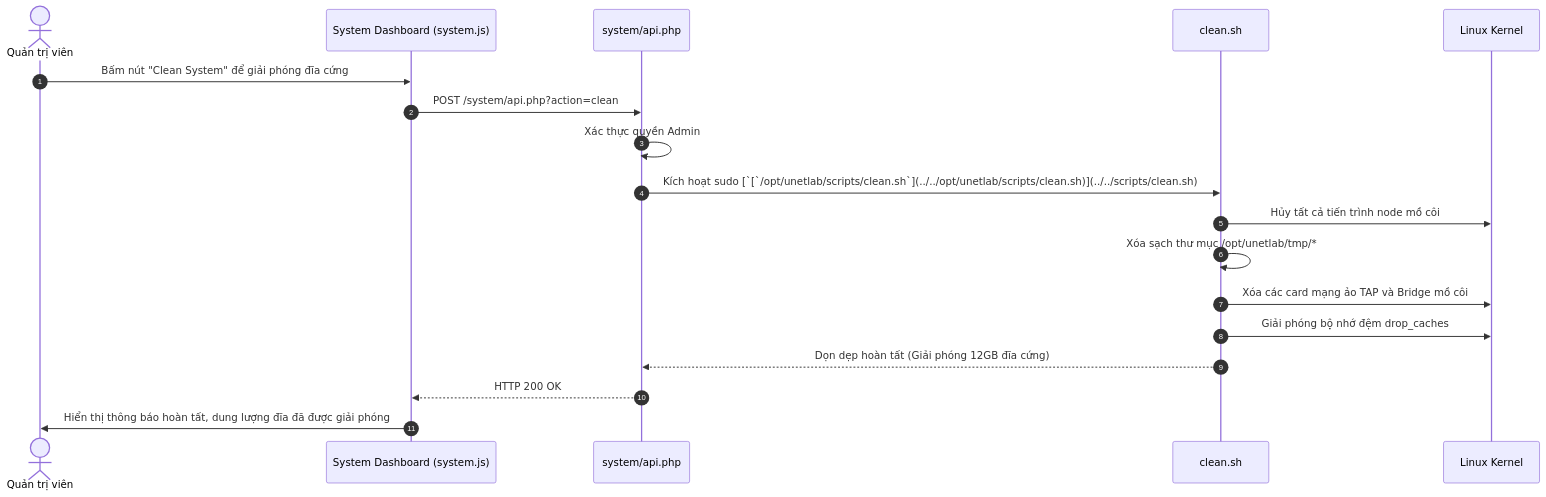
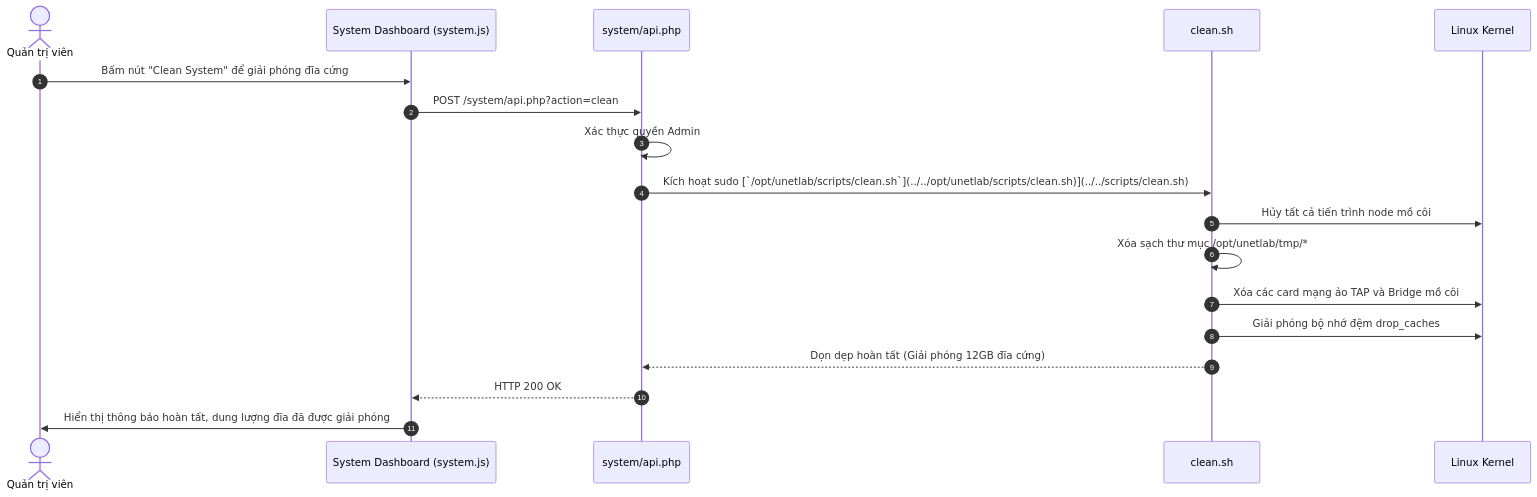
One commit to Luuxinhxinh/pnet-v8 changed the diagram in docs/03-diagrams/f65-system-power-maintenance-sequence.md. Above: the diagram before and after it, drawn with Mermaid. The commit also changed 88 other files, not shown here.

````diff
--- a/docs/03-diagrams/f65-system-power-maintenance-sequence.md
+++ b/docs/03-diagrams/f65-system-power-maintenance-sequence.md
@@ -9,21 +9,21 @@
 ```mermaid
 sequenceDiagram
     autonumber
     actor Admin as Quản trị viên
     participant UI as System Dashboard (system.js)
     participant API as system/api.php
     participant Script as clean.sh
     participant Kernel as Linux Kernel
 
     Admin->>UI: Bấm nút "Clean System" để giải phóng đĩa cứng
     UI->>API: POST /system/api.php?action=clean
     API->>API: Xác thực quyền Admin
-    API->>Script: Kích hoạt sudo [`[`/opt/unetlab/scripts/clean.sh`](../../opt/unetlab/scripts/clean.sh)](../../scripts/clean.sh)
+    API->>Script: Kích hoạt sudo [`/opt/unetlab/scripts/clean.sh`](../../opt/unetlab/scripts/clean.sh)](../../scripts/clean.sh)
     Script->>Kernel: Hủy tất cả tiến trình node mồ côi
     Script->>Script: Xóa sạch thư mục /opt/unetlab/tmp/*
     Script->>Kernel: Xóa các card mạng ảo TAP và Bridge mồ côi
     Script->>Kernel: Giải phóng bộ nhớ đệm drop_caches
     Script-->>API: Dọn dẹp hoàn tất (Giải phóng 12GB đĩa cứng)
     API-->>UI: HTTP 200 OK
     UI->>Admin: Hiển thị thông báo hoàn tất, dung lượng đĩa đã được giải phóng
 ```
````
